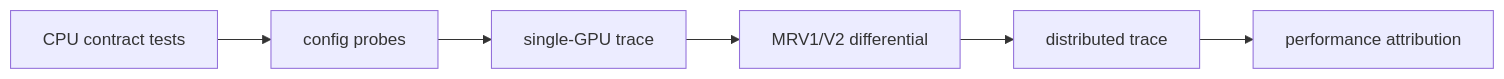
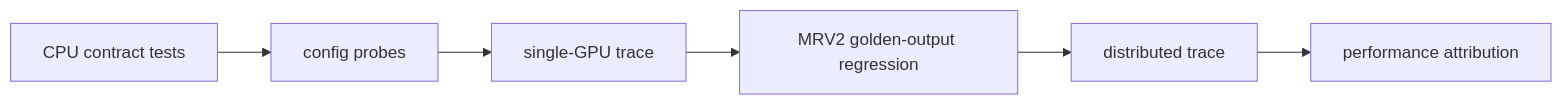
Diagram 39 of 41 in book/07-model-execution/README.md (cluster1900/vllm_reader), drawn with Mermaid before and after one commit. The commit also changed other lines of this file and 2 other files, not shown here.

Commit message:
ch07: rewrite MRV1-dependent sections to the MRV2-only path at 05caae03 (7.2, 7.6.2, 7.12, 7.16, 7.18, 7.19, 7.22, tests/experiments)

````diff
--- a/book/07-model-execution/README.md
+++ b/book/07-model-execution/README.md
@@ -1413,8 +1411,8 @@
 ```mermaid
 flowchart LR
     CPU["CPU contract tests"] --> CFG["config probes"]
     CFG --> SG["single-GPU trace"]
-    SG --> CMP["MRV1/V2 differential"]
+    SG --> CMP["MRV2 golden-output regression"]
     CMP --> DIST["distributed trace"]
     DIST --> PROF["performance attribution"]
 ```
````
